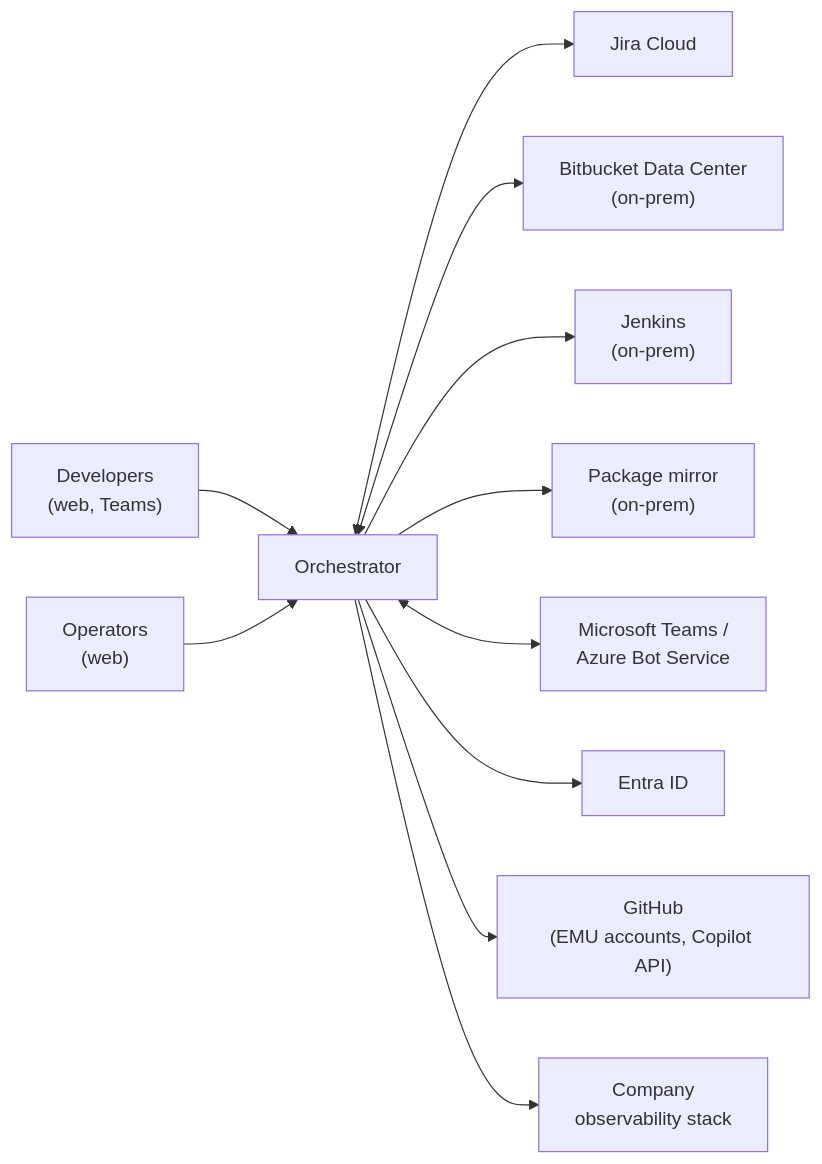
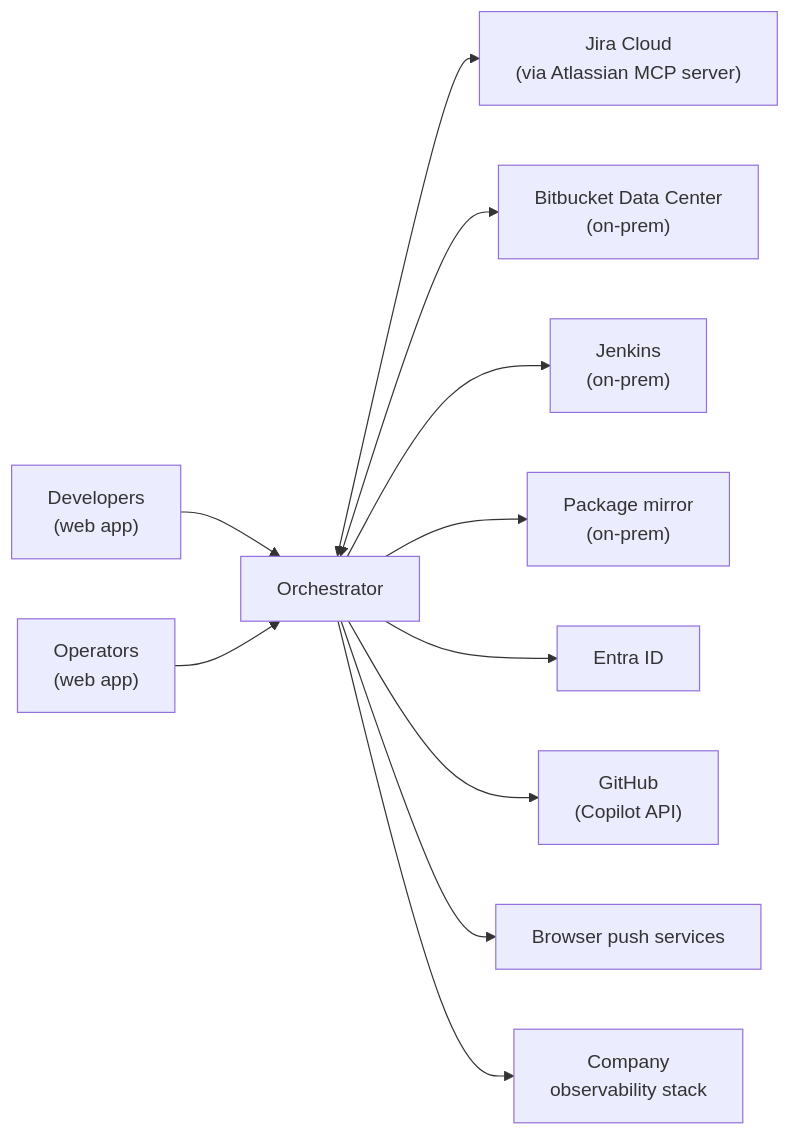
The first of 7 diagrams in docs/architecture.md (luigi-lt/orchestrator), drawn with Mermaid before and after one commit. The commit also changed other lines of this file and 2 other files, not shown here.

````diff
--- a/docs/architecture.md
+++ b/docs/architecture.md
@@ -85,24 +91,24 @@
 ```mermaid
 flowchart LR
-  dev["Developers<br/>(web, Teams)"]
-  ops["Operators<br/>(web)"]
+  dev["Developers<br/>(web app)"]
+  ops["Operators<br/>(web app)"]
   orch["Orchestrator"]
-  jira["Jira Cloud"]
+  jira["Jira Cloud<br/>(via Atlassian MCP server)"]
   bb["Bitbucket Data Center<br/>(on-prem)"]
   jen["Jenkins<br/>(on-prem)"]
   mir["Package mirror<br/>(on-prem)"]
-  teams["Microsoft Teams /<br/>Azure Bot Service"]
   entra["Entra ID"]
-  gh["GitHub<br/>(EMU accounts, Copilot API)"]
+  gh["GitHub<br/>(Copilot API)"]
+  push["Browser push services"]
   obs["Company<br/>observability stack"]
   dev --> orch
   ops --> orch
   orch <--> jira
   orch <--> bb
   orch --> jen
   orch --> mir
-  orch <--> teams
   orch --> entra
   orch --> gh
+  orch --> push
   orch --> obs
 ```
````
